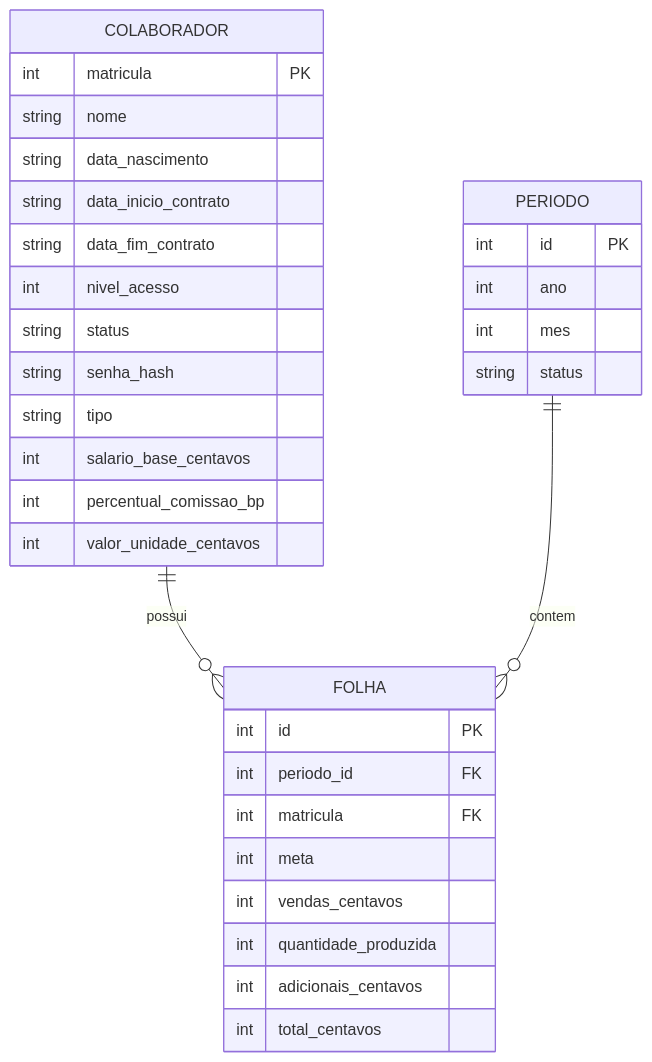
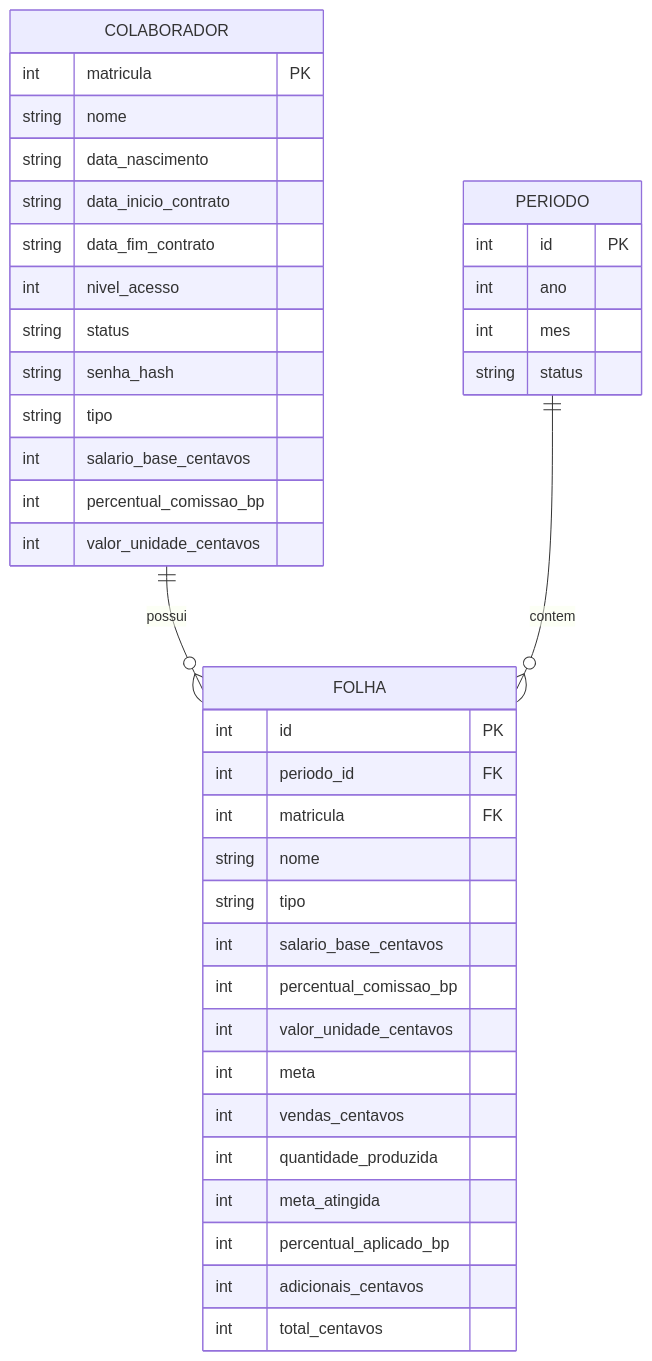
The fifth of 6 diagrams in 02_Analise/Diagramas_UML.md (jvfraga01/Projeto_FolhaPagamento), drawn with Mermaid before and after one commit.

Commit message:
Add new fields to FOLHA entity in UML diagram

````diff
--- a/02_Analise/Diagramas_UML.md
+++ b/02_Analise/Diagramas_UML.md
@@ -151,35 +151,42 @@
 ```mermaid
 erDiagram
     COLABORADOR ||--o{ FOLHA : possui
     PERIODO ||--o{ FOLHA : contem
     COLABORADOR {
         int matricula PK
         string nome
         string data_nascimento
         string data_inicio_contrato
         string data_fim_contrato
         int nivel_acesso
         string status
         string senha_hash
         string tipo
         int salario_base_centavos
         int percentual_comissao_bp
         int valor_unidade_centavos
     }
     PERIODO {
         int id PK
         int ano
         int mes
         string status
     }
     FOLHA {
         int id PK
         int periodo_id FK
         int matricula FK
+        string nome
+        string tipo
+        int salario_base_centavos
+        int percentual_comissao_bp
+        int valor_unidade_centavos
         int meta
         int vendas_centavos
         int quantidade_produzida
+        int meta_atingida
+        int percentual_aplicado_bp
         int adicionais_centavos
         int total_centavos
     }
 ```
````
